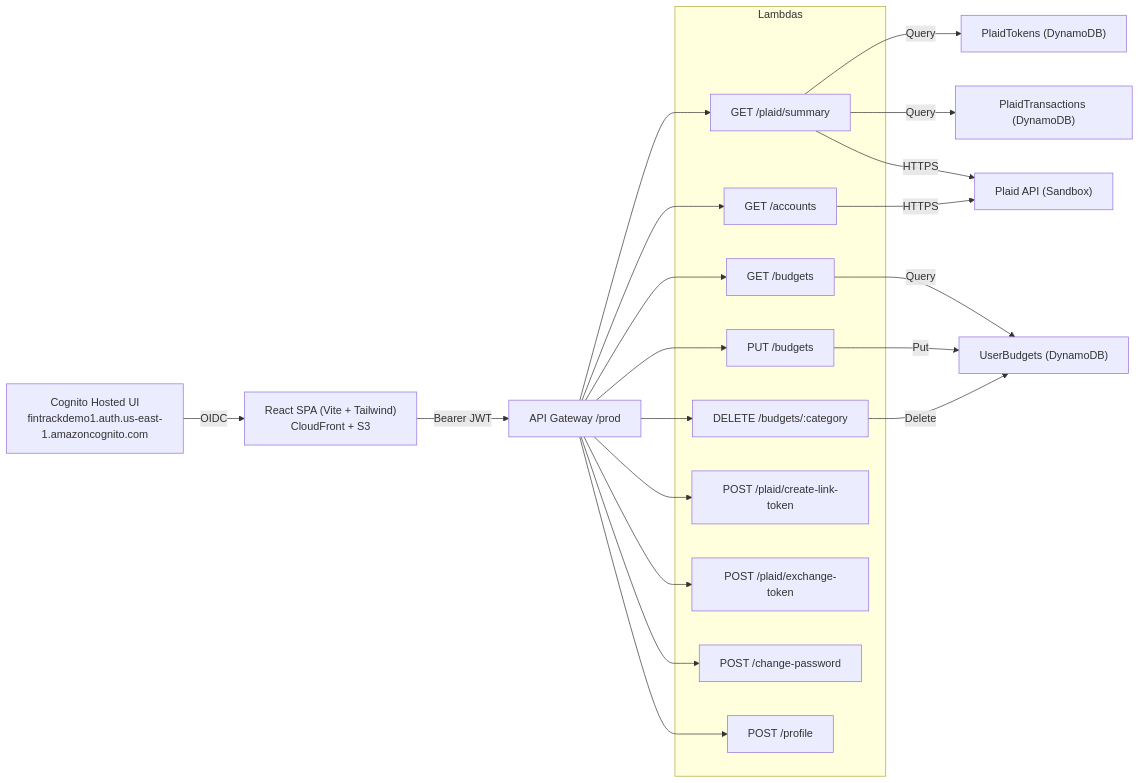
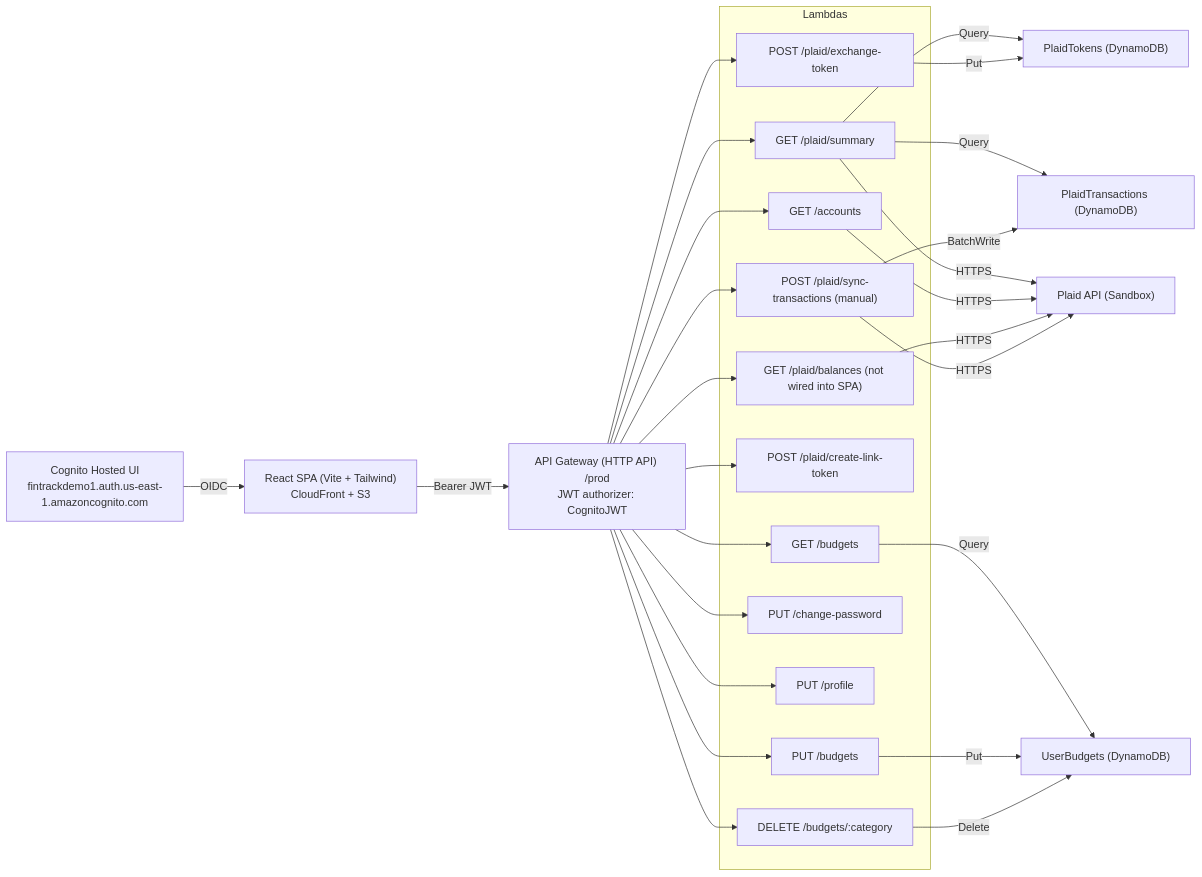
One commit to calluste/FinTrack changed the diagram in README.md. Above: the diagram before and after it, drawn with Mermaid. The commit also changed other lines of this file, not shown here.

````diff
--- a/README.md
+++ b/README.md
@@ -44,39 +44,48 @@
 ```mermaid
 flowchart LR
   A["React SPA (Vite + Tailwind)
-CloudFront + S3"] -->|Bearer JWT| B["API Gateway /prod"]
+CloudFront + S3"] -->|Bearer JWT| B["API Gateway (HTTP API) /prod
+JWT authorizer: CognitoJWT"]
 
   subgraph Lambdas
     L1["GET /plaid/summary"]
     L2["GET /accounts"]
     L3["GET /budgets"]
     L4["PUT /budgets"]
     L5["DELETE /budgets/:category"]
     L6["POST /plaid/create-link-token"]
     L7["POST /plaid/exchange-token"]
-    L8["POST /change-password"]
-    L9["POST /profile"]
+    L8["PUT /change-password"]
+    L9["PUT /profile"]
+    L10["GET /plaid/balances (not wired into SPA)"]
+    L11["POST /plaid/sync-transactions (manual)"]
   end
 
   B --> L1
   B --> L2
   B --> L3
   B --> L4
   B --> L5
   B --> L6
   B --> L7
   B --> L8
   B --> L9
+  B --> L10
+  B --> L11
 
   L1 -->|Query| DDB1["PlaidTokens (DynamoDB)"]
   L1 -->|Query| DDB2["PlaidTransactions (DynamoDB)"]
   L3 -->|Query| DDB3["UserBudgets (DynamoDB)"]
   L4 -->|Put| DDB3
   L5 -->|Delete| DDB3
+  L7 -->|Put| DDB1
+  L11 -->|BatchWrite| DDB2
 
   L1 -->|HTTPS| P["Plaid API (Sandbox)"]
   L2 -->|HTTPS| P
+  L10 -->|HTTPS| P
+  L11 -->|HTTPS| P
 
   C["Cognito Hosted UI
 fintrackdemo1.auth.us-east-1.amazoncognito.com"] -->|OIDC| A
 ```
````
